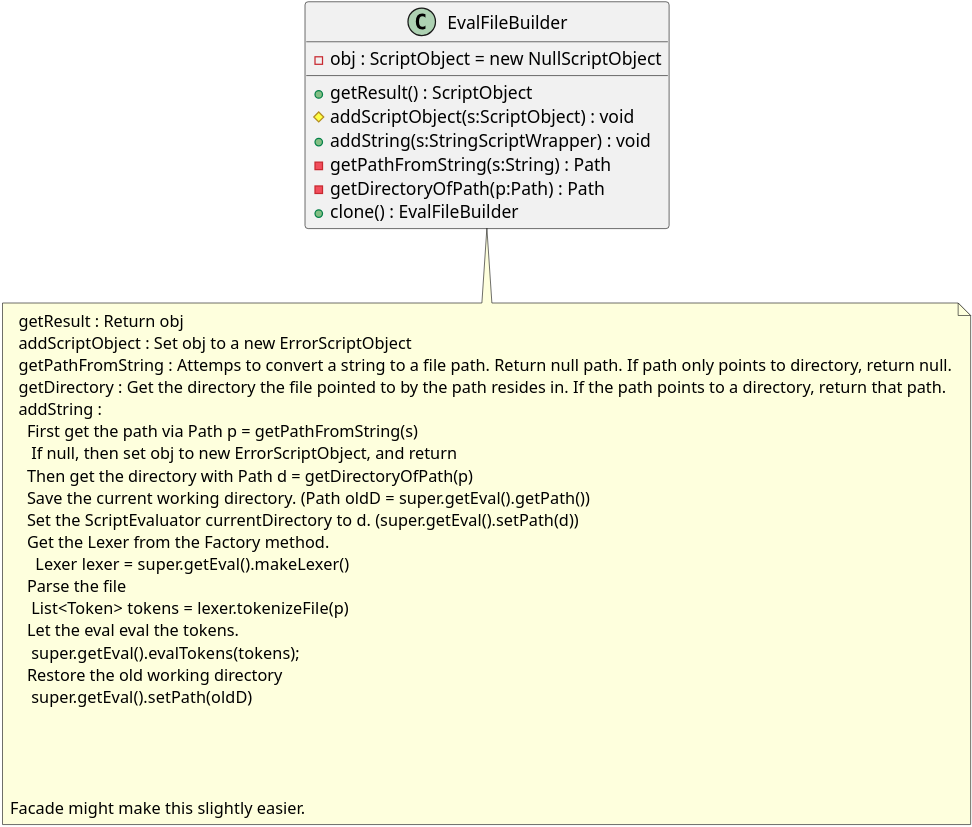
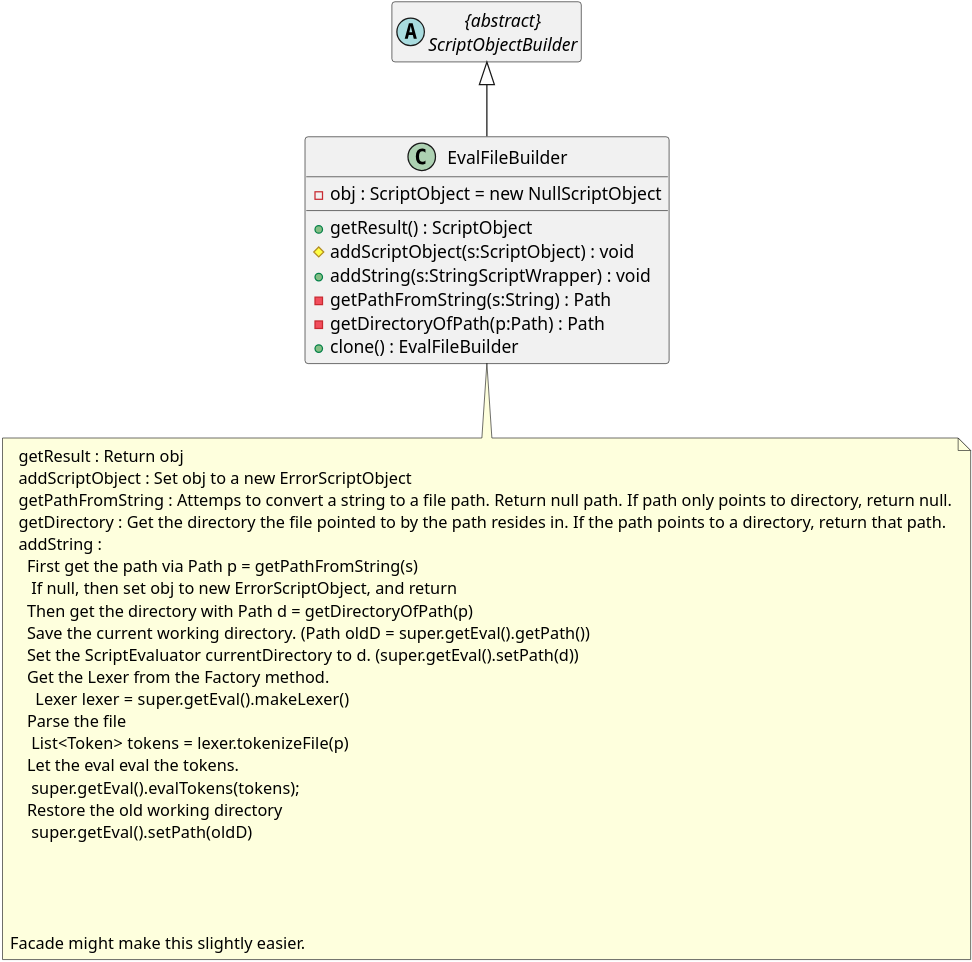
One commit to MatthewBregg/DesignPatternsRepo changed the diagram in Builder/EvalFileBuilder.org. Above: the diagram before and after it, drawn with PlantUML. The commit also changed 51 other files, not shown here.

Commit message:
Made all builder sub umls show the inheritence from ScriptObjectBuilder

```diff
--- a/Builder/EvalFileBuilder.org
+++ b/Builder/EvalFileBuilder.org
@@ -1,42 +1,48 @@
 #+BEGIN_SRC plantuml :file EvalFileBuilder.png
 skinparam dpi 600
+
+abstract class ScriptObjectBuilder as "{abstract}\nScriptObjectBuilder"
+hide ScriptObjectBuilder methods
+hide ScriptObjectBuilder members
 
 class EVF as "EvalFileBuilder"
 EVF : +getResult() : ScriptObject
 EVF : -obj : ScriptObject = new NullScriptObject
 EVF : #addScriptObject(s:ScriptObject) : void
 EVF : +addString(s:StringScriptWrapper) : void
 EVF : -getPathFromString(s:String) : Path
 EVF : -getDirectoryOfPath(p:Path) : Path
 EVF : +clone() : EvalFileBuilder
+
+ScriptObjectBuilder <|-- EVF
 
 note bottom of EVF
   getResult : Return obj
   addScriptObject : Set obj to a new ErrorScriptObject
   getPathFromString : Attemps to convert a string to a file path. Return null path. If path only points to directory, return null.
   getDirectory : Get the directory the file pointed to by the path resides in. If the path points to a directory, return that path. 
   addString : 
     First get the path via Path p = getPathFromString(s)
      If null, then set obj to new ErrorScriptObject, and return
     Then get the directory with Path d = getDirectoryOfPath(p)
     Save the current working directory. (Path oldD = super.getEval().getPath())
     Set the ScriptEvaluator currentDirectory to d. (super.getEval().setPath(d))
     Get the Lexer from the Factory method.
       Lexer lexer = super.getEval().makeLexer()
     Parse the file
      List<Token> tokens = lexer.tokenizeFile(p)
     Let the eval eval the tokens.
      super.getEval().evalTokens(tokens);
     Restore the old working directory
      super.getEval().setPath(oldD)
     
      
 
 
 Facade might make this slightly easier.
 end note
     
 
 
 
 #+END_SRC
```
